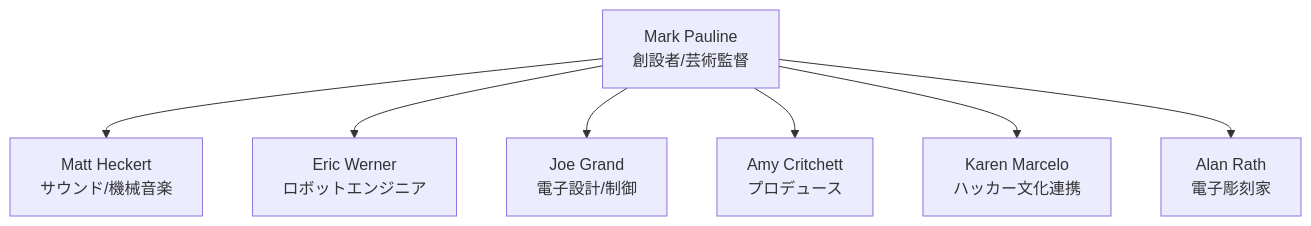
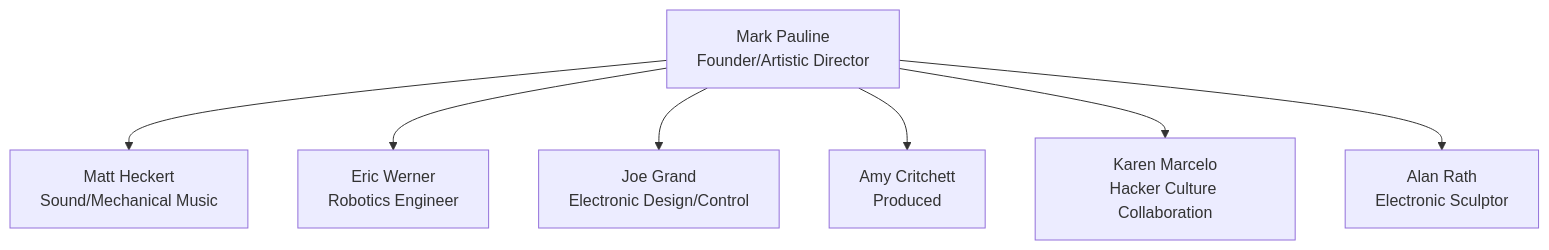
One commit to monumental-movement/monumental-movement.github.io changed the diagram in en/_posts/2025-10-01-Column-Survival-Research-Laboratories.md. Above: the diagram before and after it, drawn with Mermaid. The commit also changed 152 other files, not shown here.

```diff
--- a/en/_posts/2025-10-01-Column-Survival-Research-Laboratories.md
+++ b/en/_posts/2025-10-01-Column-Survival-Research-Laboratories.md
@@ -109,9 +109,9 @@
 <div class="mermaid">
 flowchart TD
-    A[Mark Pauline<br>創設者/芸術監督] --> B[Matt Heckert<br>サウンド/機械音楽]
-    A --> C[Eric Werner<br>ロボットエンジニア]
-    A --> D[Joe Grand<br>電子設計/制御]
-    A --> E[Amy Critchett<br>プロデュース]
-    A --> F[Karen Marcelo<br>ハッカー文化連携]
-    A --> G[Alan Rath<br>電子彫刻家]
+    A[Mark Pauline<br>Founder/Artistic Director] --> B[Matt Heckert<br>Sound/Mechanical Music]
+    A --> C[Eric Werner<br>Robotics Engineer]
+    A --> D[Joe Grand<br>Electronic Design/Control]
+    A --> E[Amy Critchett<br>Produced]
+    A --> F[Karen Marcelo<br>Hacker Culture Collaboration]
+    A --> G[Alan Rath<br>Electronic Sculptor]
 </div>
```
